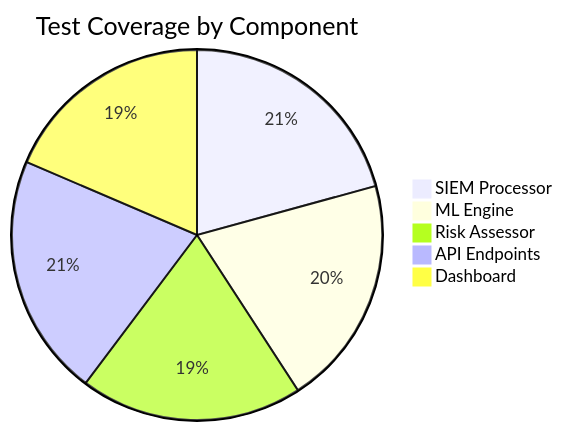
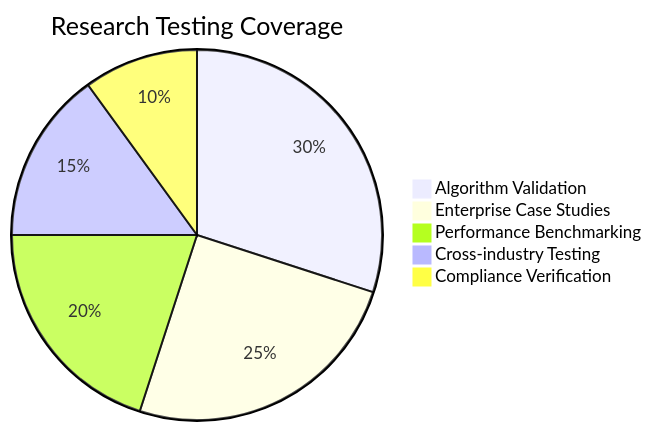
One commit to nes10r/BigDataProject changed diagram 11 of 11 in README.md. Above: the diagram before and after it, drawn with Mermaid. The commit also changed other lines of this file and 1 other file, not shown here.

````diff
--- a/README.md
+++ b/README.md
@@ -636,8 +1006,8 @@
 ```mermaid
-pie title Test Coverage by Component
-    "SIEM Processor" : 95
-    "ML Engine" : 92
-    "Risk Assessor" : 89
-    "API Endpoints" : 97
-    "Dashboard" : 85
+pie title Research Testing Coverage
+    "Algorithm Validation" : 30
+    "Enterprise Case Studies" : 25
+    "Performance Benchmarking" : 20
+    "Cross-industry Testing" : 15
+    "Compliance Verification" : 10
 ```
````
